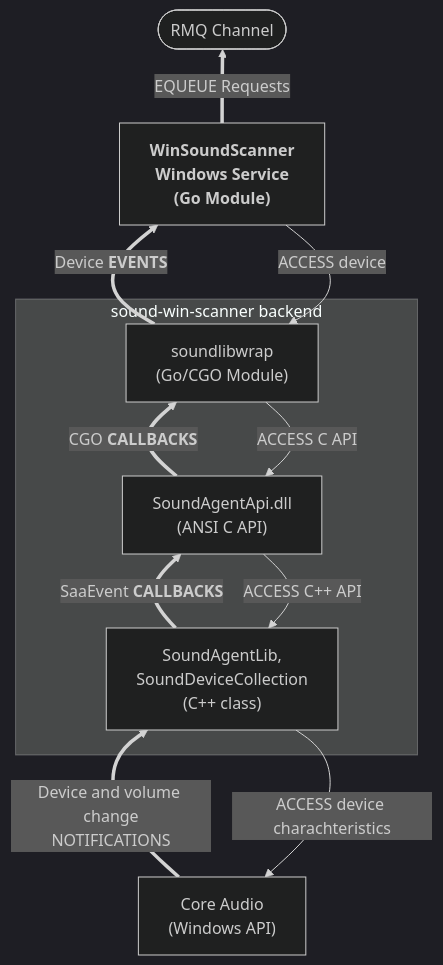
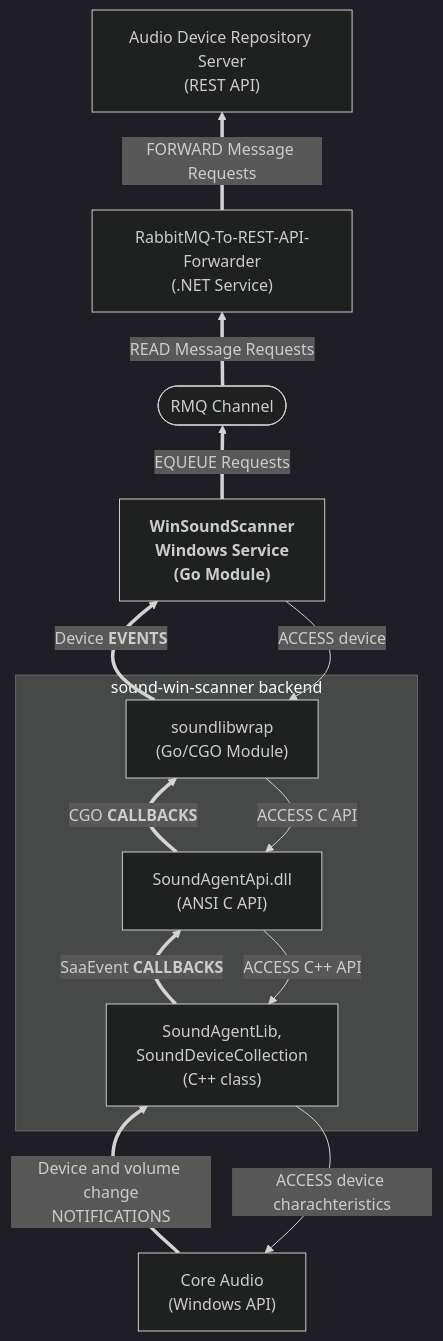
One commit to collect-sound-devices/win-sound-scanner-go changed the diagram in docs/module-interaction02.mmd. Above: the diagram before and after it, drawn with Mermaid (dark theme). The commit also changed other lines of this file and 1 other file, not shown here.

Commit message:
add: enhance module interaction diagram with RabbitMQ forwarder and REST API

```diff
--- a/docs/module-interaction02.mmd
+++ b/docs/module-interaction02.mmd
@@ -1,25 +1,29 @@
 flowchart BT
 
   WIN["Core Audio<br>(Windows API)"]
 
   subgraph BCK["sound-win-scanner backend"]
 	WRAP["soundlibwrap<br>(Go/CGO Module)"]
 	DLL["SoundAgentApi.dll<br>(ANSI C API)"]
 	LIB["SoundAgentLib,<br>SoundDeviceCollection<br>(C++ class)"]
   end
 
   APP["<b>WinSoundScanner<br>Windows Service<br>(Go Module)</b>"]
   CHAN(["RMQ Channel"])
+  FWD["RabbitMQ-To-REST-API-Forwarder<br>(.NET Service)"]
+  API["Audio Device Repository Server<br>(REST API)"]
 
   APP --> |ACCESS device| WRAP
   WRAP ==> |Device <b>EVENTS</b>| APP 
 
   WRAP --> |ACCESS C API| DLL
   DLL --> |ACCESS C++ API| LIB
 
   LIB ==>|SaaEvent <b>CALLBACKS</b>| DLL
   DLL ==>|CGO <b>CALLBACKS</b>| WRAP
 
   WIN ==> |Device and volume change<br>NOTIFICATIONS| LIB
   LIB --> |ACCESS device charachteristics| WIN
   APP ==> |EQUEUE Requests| CHAN
+  CHAN ==> |READ Message Requests| FWD
+  FWD ==> |FORWARD Message Requests| API
```
